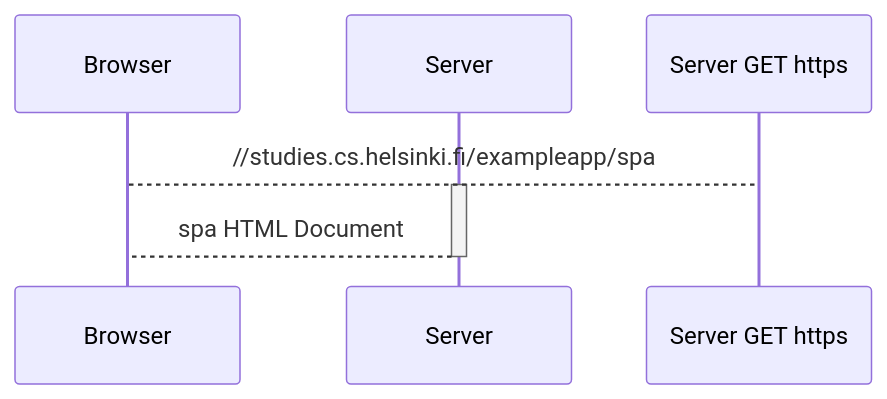
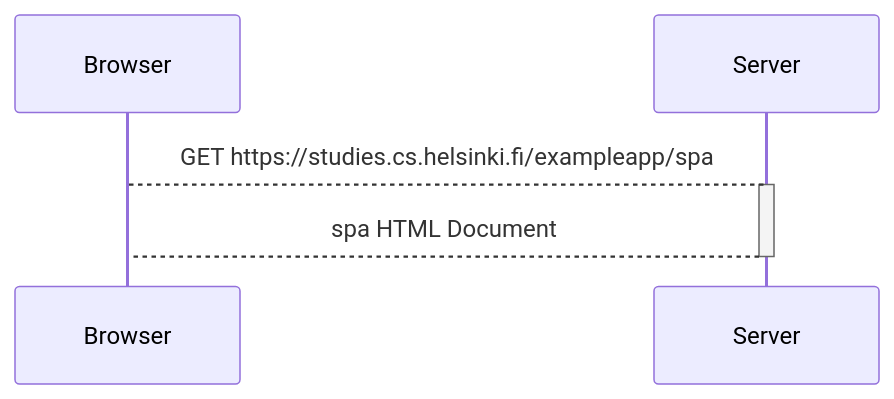
One commit to Mauriciamo/Helsinki-Fullstack changed the diagram in part 0/0.5_single_page_app.md. Above: the diagram before and after it, drawn with Mermaid.

````diff
--- a/part 0/0.5_single_page_app.md
+++ b/part 0/0.5_single_page_app.md
@@ -1,10 +1,10 @@
 ```mermaid
   sequenceDiagram
   participant Browser
   participant Server
 
-  Browser --> Server GET https://studies.cs.helsinki.fi/exampleapp/spa
+  Browser --> Server: GET https://studies.cs.helsinki.fi/exampleapp/spa
   activate Server
   Server --> Browser: spa HTML Document
   deactivate Server
 ```
````
